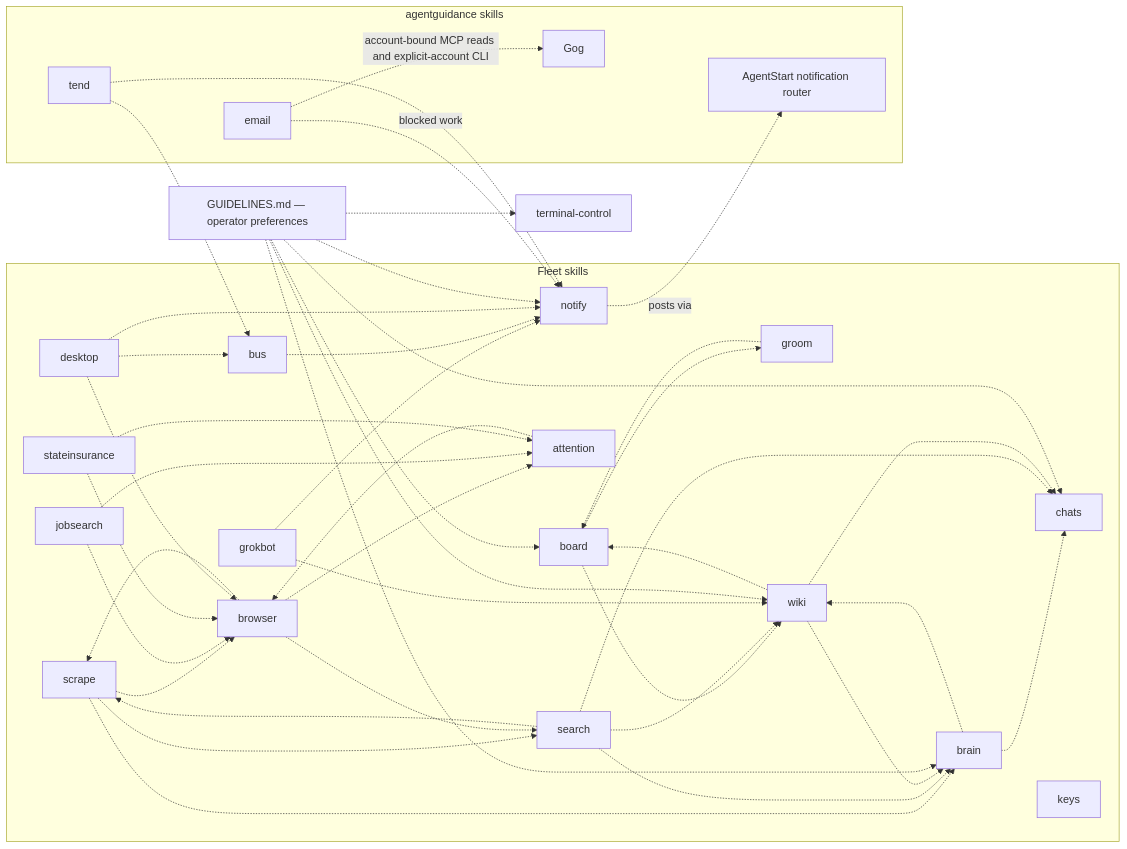
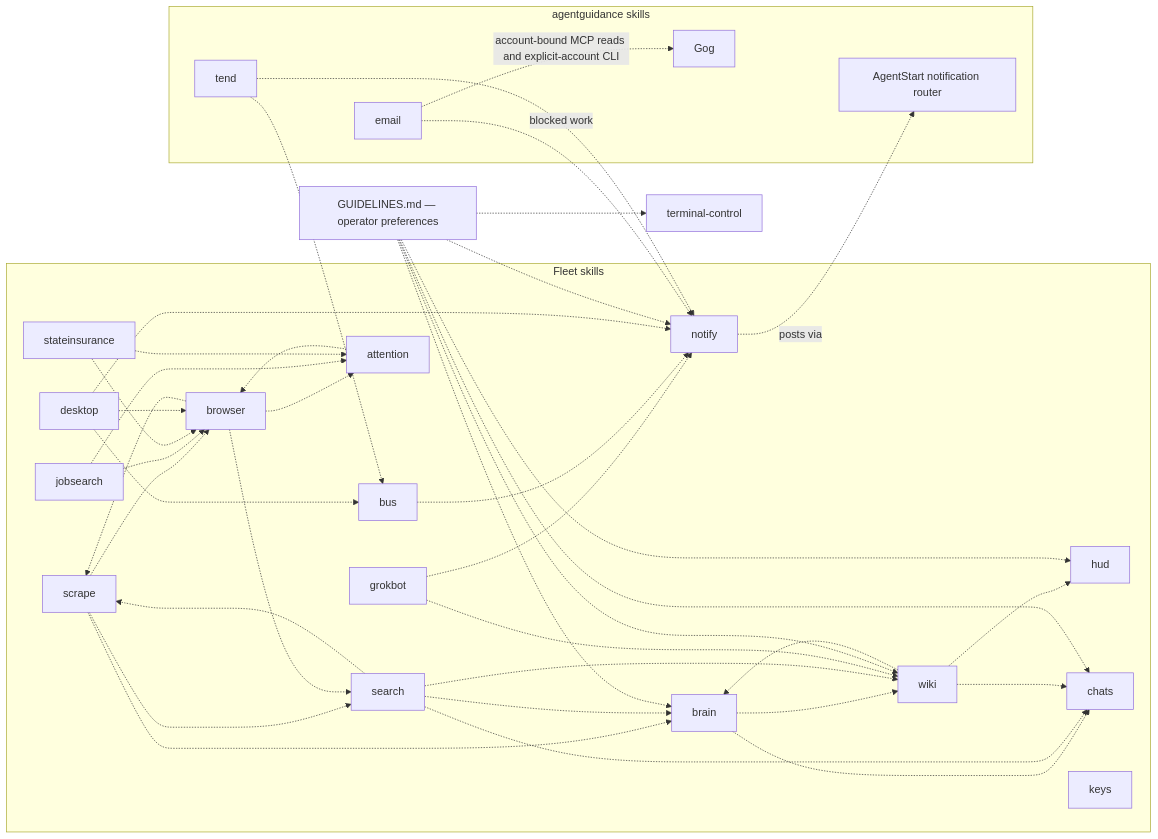
Before and after one commit to possibilities/agentstart: the third of 3 diagrams in skills/fleet/MAP.md, drawn with Mermaid. The commit also changed other lines of this file and 14 other files, not shown here.

````diff
--- a/skills/fleet/MAP.md
+++ b/skills/fleet/MAP.md
@@ -132,33 +133,32 @@
 ```mermaid
 flowchart LR
     subgraph fleetSkills [Fleet skills]
-        board -.-> groom & wiki
-        groom -.-> board
+        hud
         brain -.-> chats & wiki
         scrape -.-> brain & browser & search
         search -.-> brain & chats & scrape & wiki
         browser -.-> attention & scrape & search
         attention -.-> browser
         jobsearch -.-> attention & browser
         stateinsurance -.-> attention & browser
-        wiki -.-> board & brain & chats
+        wiki -.-> hud & brain & chats
         desktop -.-> browser & bus
         grokbot -.-> notify & wiki
         chats
         keys
         bus
     end
 
     subgraph guidanceSkills [agentguidance skills]
         notify -.->|posts via| notifierCli[AgentStart notification router]
         email -.->|account-bound MCP reads and explicit-account CLI| gog[Gog]
         email -.->|blocked work| notify
         tend[tend] -.-> notify
         tend -.-> bus
     end
 
     bus -.-> notify
     desktop -.-> notify
 
-    guidelines[GUIDELINES.md — operator preferences] -.-> brain & chats & board & notify & wiki & terminalControl[terminal-control]
+    guidelines[GUIDELINES.md — operator preferences] -.-> brain & chats & hud & notify & wiki & terminalControl[terminal-control]
 ```
````
